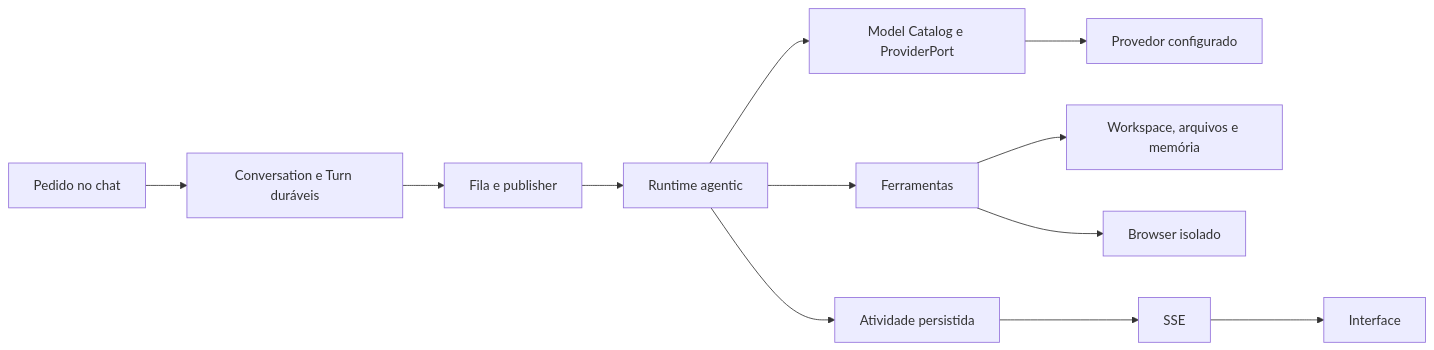
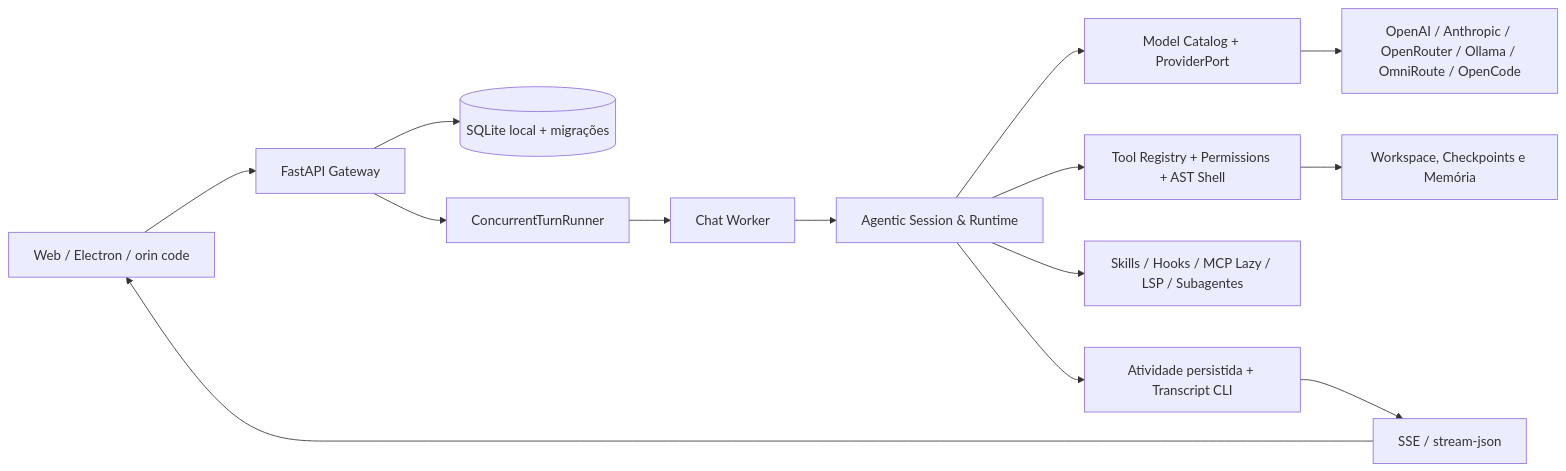
One commit to carlos-edu2367/orin changed the diagram in README.md. Above: the diagram before and after it, drawn with Mermaid. The commit also changed other lines of this file and 15 other files, not shown here.

Commit message:
docs: update README, guides and ADRs for Orin Code (W0-W7), Playwright MCP and OpenCode bridge

````diff
--- a/README.md
+++ b/README.md
@@ -123,14 +161,16 @@
 ```mermaid
 flowchart LR
-    U[Pedido no chat] --> C[Conversation e Turn duráveis]
-    C --> Q[Fila e publisher]
-    Q --> R[Runtime agentic]
-    R --> M[Model Catalog e ProviderPort]
-    M --> P[Provedor configurado]
-    R --> T[Ferramentas]
-    T --> W[Workspace, arquivos e memória]
-    T --> B[Browser isolado]
-    R --> A[Atividade persistida]
-    A --> S[SSE]
-    S --> UI[Interface]
+    U[Web / Electron / orin code] --> G[FastAPI Gateway]
+    G --> DB[(SQLite local + migrações)]
+    G --> P[ConcurrentTurnRunner]
+    P --> W[Chat Worker]
+    W --> R[Agentic Session & Runtime]
+    R --> M[Model Catalog + ProviderPort]
+    M --> PR[OpenAI / Anthropic / OpenRouter / Ollama / OmniRoute / OpenCode]
+    R --> TR[Tool Registry + Permissions + AST Shell]
+    TR --> WS[Workspace, Checkpoints e Memória]
+    R --> EXT[Skills / Hooks / MCP Lazy / LSP / Subagentes]
+    R --> A[Atividade persistida + Transcript CLI]
+    A --> S[SSE / stream-json]
+    S --> U
 ```
````
